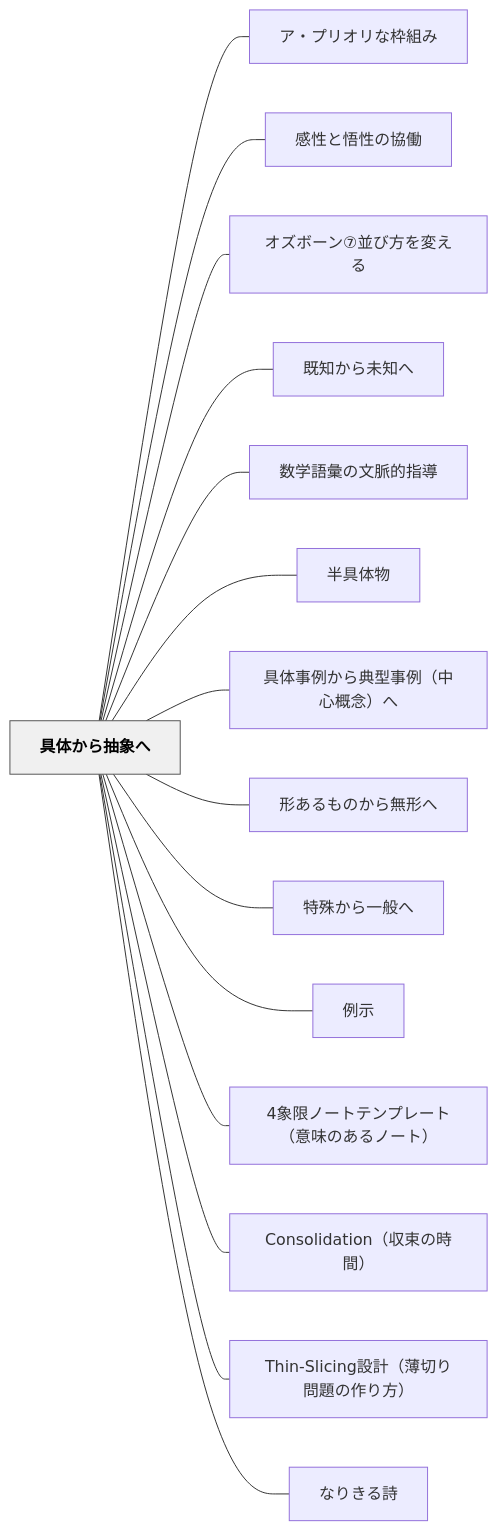
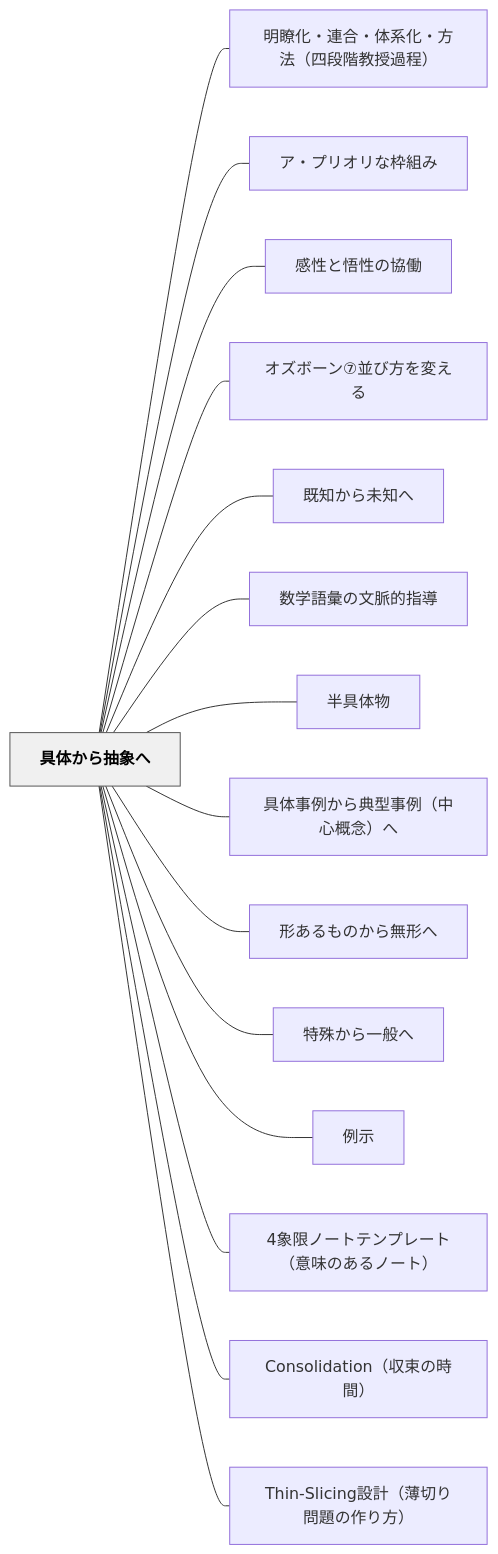
One commit to unknownthings-ed-patterns/unknownthings-ed-patterns changed the diagram in content/パタン/具体から抽象へ.md. Above: the diagram before and after it, drawn with Mermaid. The commit also changed other lines of this file and 15 other files, not shown here.

````diff
--- a/content/パタン/具体から抽象へ.md
+++ b/content/パタン/具体から抽象へ.md
@@ -66,36 +79,36 @@
 ```mermaid
 flowchart LR
     ne585b7e4bd93e3818be38289e68abde8b1a1e381b8["具体から抽象へ"]
+    ne6988ee79eade58c96e383bbe980a3e59088e383bbe4bd93e7b3bbe58c96e383bbe696b9e6b395efbc88e59b9be6aeb5e99a8ee69599e68e88e9818ee7a88befbc89["明瞭化・連合・体系化・方法（四段階教授過程）"]
     ne382a2e383bbe38397e383aae382aae383aae381aae69ea0e7b584e381bf["ア・プリオリな枠組み"]
     ne6849fe680a7e381a8e6829fe680a7e381aee58d94e5838d["感性と悟性の協働"]
     ne382aae382bae3839ce383bce383b3e291a6e4b8a6e381b3e696b9e38292e5a489e38188e3828b["オズボーン⑦並び方を変える"]
     ne697a2e79fa5e3818be38289e69caae79fa5e381b8["既知から未知へ"]
     ne695b0e5ada6e8aa9ee5bd99e381aee69687e88488e79a84e68c87e5b08e["数学語彙の文脈的指導"]
     ne58d8ae585b7e4bd93e789a9["半具体物"]
     ne585b7e4bd93e4ba8be4be8be3818be38289e585b8e59e8be4ba8be4be8befbc88e4b8ade5bf83e6a682e5bfb5efbc89e381b8["具体事例から典型事例（中心概念）へ"]
     ne5bda2e38182e3828be38282e381aee3818be38289e784a1e5bda2e381b8["形あるものから無形へ"]
     ne789b9e6ae8ae3818be38289e4b880e888ace381b8["特殊から一般へ"]
     ne4be8be7a4ba["例示"]
     n34e8b1a1e99990e3838ee383bce38388e38386e383b3e38397e383ace383bce38388efbc88e6848fe591b3e381aee38182e3828be3838ee383bce38388efbc89["4象限ノートテンプレート（意味のあるノート）"]
     n436f6e736f6c69646174696f6eefbc88e58f8ee69d9fe381aee69982e99693efbc89["Consolidation（収束の時間）"]
     n5468696e2d536c6963696e67e8a8ade8a888efbc88e89684e58887e3828ae5958fe9a18ce381aee4bd9ce3828ae696b9efbc89["Thin-Slicing設計（薄切り問題の作り方）"]
-    ne381aae3828ae3818de3828be8a9a9["なりきる詩"]
 
+    ne585b7e4bd93e3818be38289e68abde8b1a1e381b8 --- ne6988ee79eade58c96e383bbe980a3e59088e383bbe4bd93e7b3bbe58c96e383bbe696b9e6b395efbc88e59b9be6aeb5e99a8ee69599e68e88e9818ee7a88befbc89
     ne585b7e4bd93e3818be38289e68abde8b1a1e381b8 --- ne382a2e383bbe38397e383aae382aae383aae381aae69ea0e7b584e381bf
     ne585b7e4bd93e3818be38289e68abde8b1a1e381b8 --- ne6849fe680a7e381a8e6829fe680a7e381aee58d94e5838d
     ne585b7e4bd93e3818be38289e68abde8b1a1e381b8 --- ne382aae382bae3839ce383bce383b3e291a6e4b8a6e381b3e696b9e38292e5a489e38188e3828b
     ne585b7e4bd93e3818be38289e68abde8b1a1e381b8 --- ne697a2e79fa5e3818be38289e69caae79fa5e381b8
     ne585b7e4bd93e3818be38289e68abde8b1a1e381b8 --- ne695b0e5ada6e8aa9ee5bd99e381aee69687e88488e79a84e68c87e5b08e
     ne585b7e4bd93e3818be38289e68abde8b1a1e381b8 --- ne58d8ae585b7e4bd93e789a9
     ne585b7e4bd93e3818be38289e68abde8b1a1e381b8 --- ne585b7e4bd93e4ba8be4be8be3818be38289e585b8e59e8be4ba8be4be8befbc88e4b8ade5bf83e6a682e5bfb5efbc89e381b8
     ne585b7e4bd93e3818be38289e68abde8b1a1e381b8 --- ne5bda2e38182e3828be38282e381aee3818be38289e784a1e5bda2e381b8
     ne585b7e4bd93e3818be38289e68abde8b1a1e381b8 --- ne789b9e6ae8ae3818be38289e4b880e888ace381b8
     ne585b7e4bd93e3818be38289e68abde8b1a1e381b8 --- ne4be8be7a4ba
     ne585b7e4bd93e3818be38289e68abde8b1a1e381b8 --- n34e8b1a1e99990e3838ee383bce38388e38386e383b3e38397e383ace383bce38388efbc88e6848fe591b3e381aee38182e3828be3838ee383bce38388efbc89
     ne585b7e4bd93e3818be38289e68abde8b1a1e381b8 --- n436f6e736f6c69646174696f6eefbc88e58f8ee69d9fe381aee69982e99693efbc89
     ne585b7e4bd93e3818be38289e68abde8b1a1e381b8 --- n5468696e2d536c6963696e67e8a8ade8a888efbc88e89684e58887e3828ae5958fe9a18ce381aee4bd9ce3828ae696b9efbc89
-    ne585b7e4bd93e3818be38289e68abde8b1a1e381b8 --- ne381aae3828ae3818de3828be8a9a9
 
     classDef hub fill:#f0f0f0,stroke:#555,color:#000,font-weight:bold
     class ne585b7e4bd93e3818be38289e68abde8b1a1e381b8 hub
 ```
````
